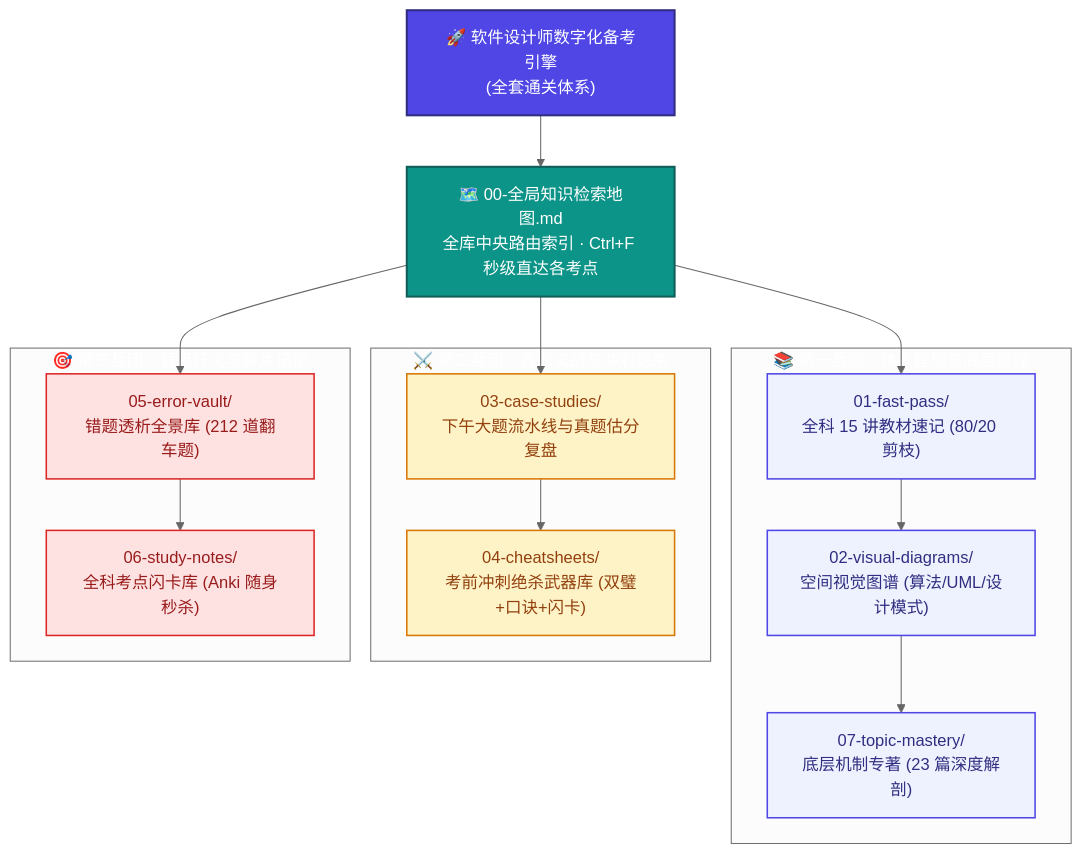
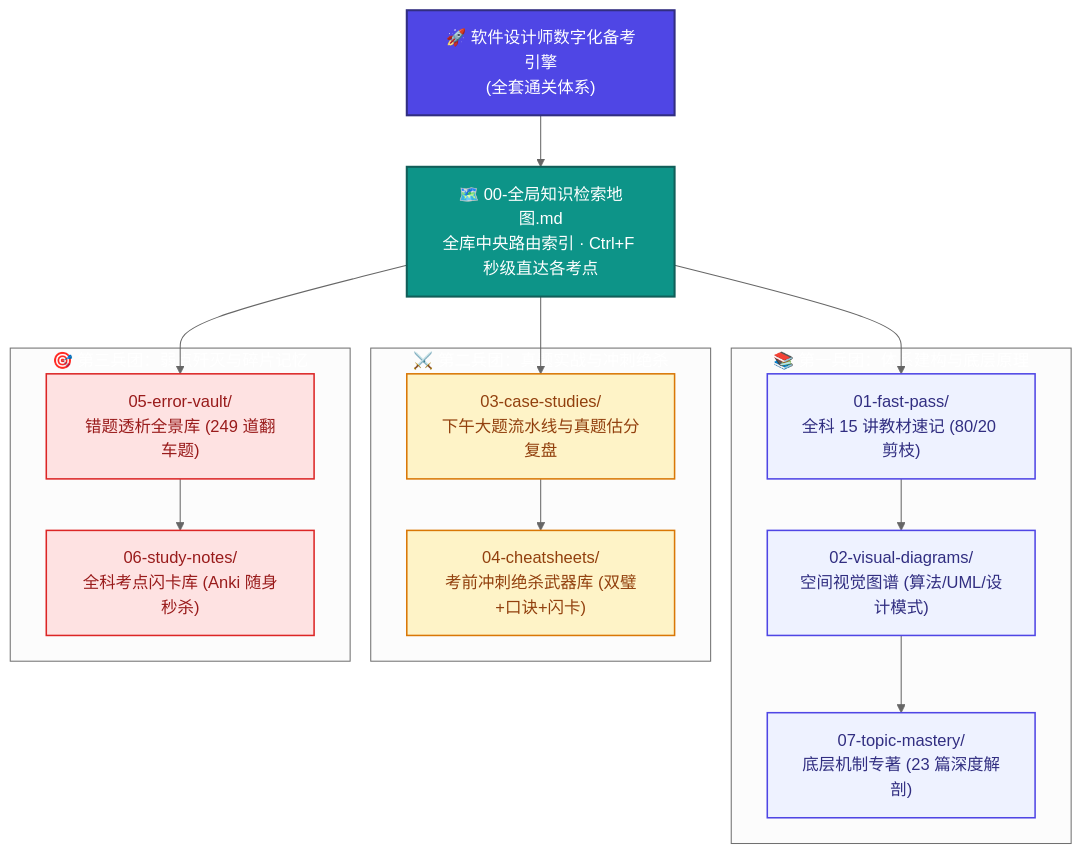
The diagram in README.md (cpsa3/software-designer-fast-pass), drawn with Mermaid (neutral theme) before and after one commit. The commit also changed other lines of this file and 2 other files, not shown here.

Commit message:
docs(error-vault): 归档2024年5月真题错题245~249(专利独占性/CPU调度有限等待/结构图基本成分/二叉树中后遍历相同/C语言栈区分配)

````diff
--- a/README.md
+++ b/README.md
@@ -70,36 +70,36 @@
 ```mermaid
 flowchart TD
     classDef root fill:#4F46E5,stroke:#312E81,stroke-width:2px,color:#fff
     classDef hub fill:#0D9488,stroke:#115E59,stroke-width:2px,color:#fff
     classDef base fill:#EEF2FF,stroke:#4F46E5,stroke-width:1.5px,color:#312E81
     classDef exam fill:#FEF3C7,stroke:#D97706,stroke-width:1.5px,color:#92400E
     classDef vault fill:#FEE2E2,stroke:#DC2626,stroke-width:1.5px,color:#991B1B
 
     Root["🚀 软件设计师数字化备考引擎<br>(全套通关体系)"]:::root
     Map["🗺️ 00-全局知识检索地图.md<br>全库中央路由索引 · Ctrl+F 秒级直达各考点"]:::hub
 
     Root --> Map
 
     subgraph G1["📚 第一兵团：体系建构与底层原理"]
         M1["01-fast-pass/<br>全科 15 讲教材速记 (80/20 剪枝)"]:::base
         M2["02-visual-diagrams/<br>空间视觉图谱 (算法/UML/设计模式)"]:::base
         M7["07-topic-mastery/<br>底层机制专著 (23 篇深度解剖)"]:::base
         M1 --> M2 --> M7
     end
 
     subgraph G2["⚔️ 第二兵团：真题实战与冲刺绝杀"]
         M3["03-case-studies/<br>下午大题流水线与真题估分复盘"]:::exam
         M4["04-cheatsheets/<br>考前冲刺绝杀武器库 (双璧+口诀+闪卡)"]:::exam
         M3 --> M4
     end
 
     subgraph G3["🎯 第三兵团：弱点歼灭与碎片记忆"]
-        M5["05-error-vault/<br>错题透析全景库 (212 道翻车题)"]:::vault
+        M5["05-error-vault/<br>错题透析全景库 (249 道翻车题)"]:::vault
         M6["06-study-notes/<br>全科考点闪卡库 (Anki 随身秒杀)"]:::vault
         M5 --> M6
     end
 
     Map --> M1
     Map --> M3
     Map --> M5
 ```
````
